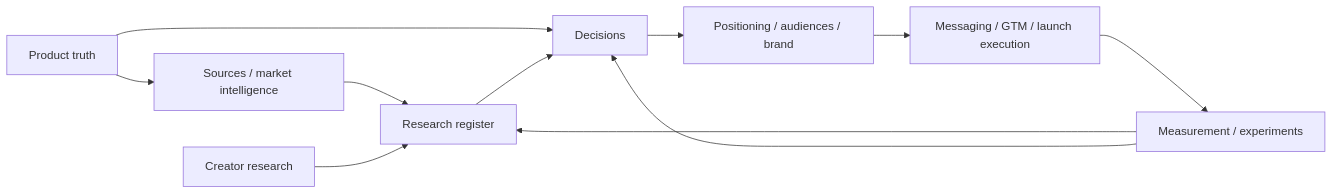
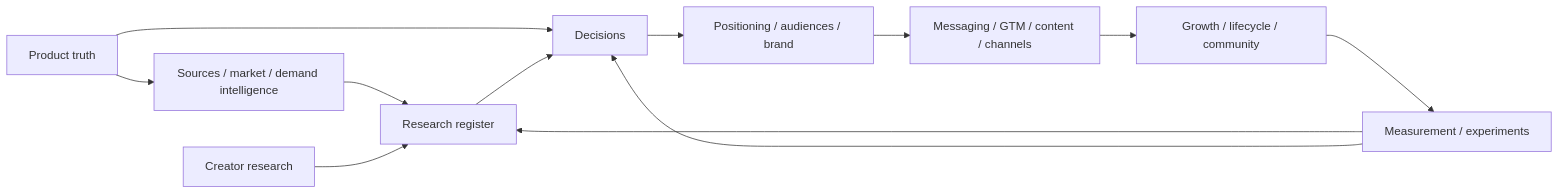
One commit to az1nn/openband changed the first of 2 diagrams in docs/marketing/README.md. Above: the diagram before and after it, drawn with Mermaid. The commit also changed other lines of this file and 11 other files, not shown here.

````diff
--- a/docs/marketing/README.md
+++ b/docs/marketing/README.md
@@ -78,13 +83,14 @@
 ```mermaid
 flowchart LR
-  PT[Product truth] --> SI[Sources / market intelligence]
+  PT[Product truth] --> SI[Sources / market / demand intelligence]
   SI --> R[Research register]
   CR[Creator research] --> R
   PT --> D[Decisions]
   R --> D
   D --> S[Positioning / audiences / brand]
-  S --> M[Messaging / GTM / launch execution]
-  M --> X[Measurement / experiments]
+  S --> M[Messaging / GTM / content / channels]
+  M --> G[Growth / lifecycle / community]
+  G --> X[Measurement / experiments]
   X --> R
   X --> D
 ```
````
